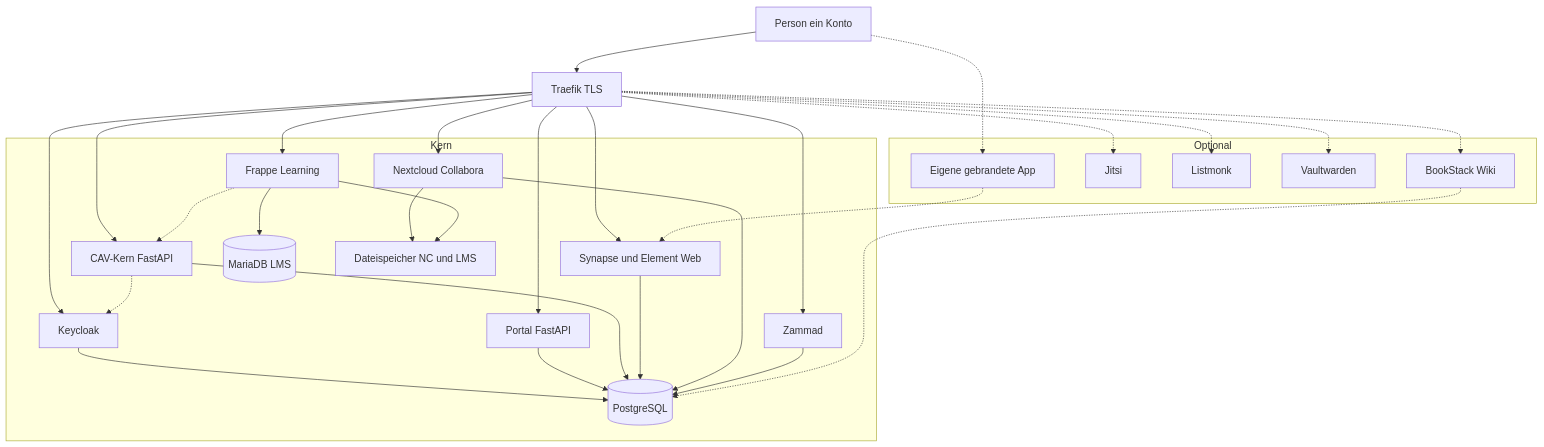
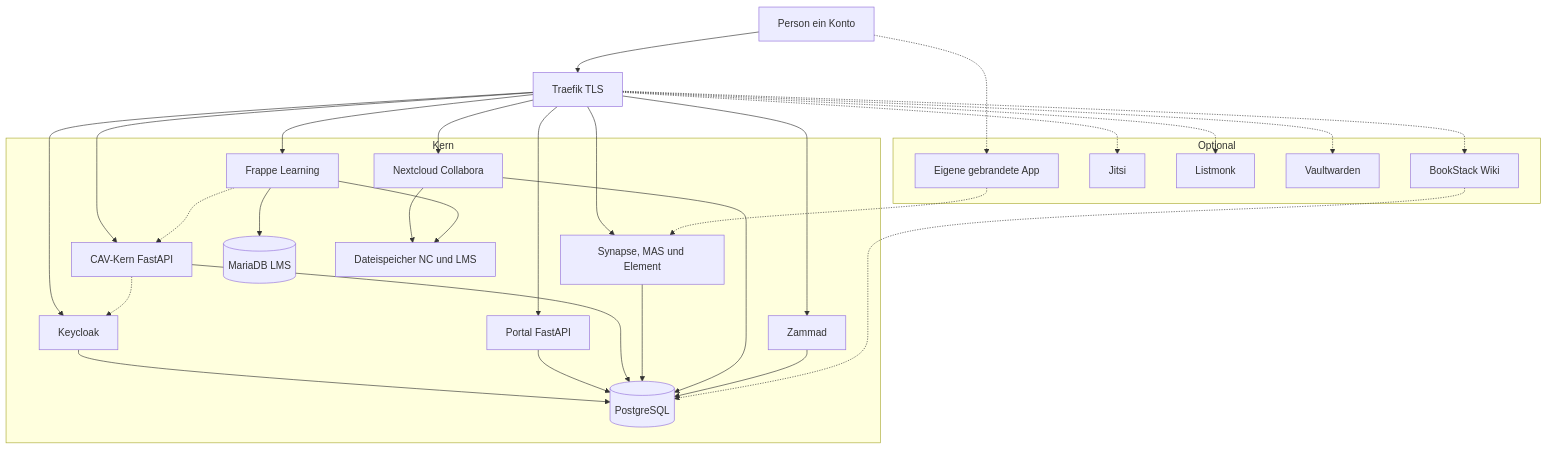
The diagram in README.md (bonzei123/aeneas_planung), drawn with Mermaid before and after one commit. The commit also changed other lines of this file and 6 other files, not shown here.

Commit message:
Setzt MAS und Element X als Kern-Login fuer Kunden-Rollouts statt Synapse-OIDC.

````diff
--- a/README.md
+++ b/README.md
@@ -15,54 +15,54 @@
 ```mermaid
 flowchart TB
   person[Person ein Konto]
   proxy[Traefik TLS]
 
   subgraph kern["Kern"]
     kc[Keycloak]
     portal[Portal FastAPI]
     cav[CAV-Kern FastAPI]
-    mx[Synapse und Element Web]
+    mx[Synapse, MAS und Element]
     nc[Nextcloud Collabora]
     za[Zammad]
     lms[Frappe Learning]
     pg[(PostgreSQL)]
     mdb[(MariaDB LMS)]
     files[Dateispeicher NC und LMS]
   end
 
   subgraph opt["Optional"]
     wiki[BookStack Wiki]
     meet[Jitsi]
     news[Listmonk]
     passw[Vaultwarden]
     app[Eigene gebrandete App]
   end
 
   person --> proxy
   proxy --> kc
   proxy --> portal
   proxy --> cav
   proxy --> mx
   proxy --> nc
   proxy --> za
   proxy --> lms
   kc --> pg
   portal --> pg
   cav --> pg
   mx --> pg
   nc --> pg
   za --> pg
   lms --> mdb
   nc --> files
   lms --> files
   lms -.-> cav
   cav -.-> kc
 
   proxy -.-> wiki
   proxy -.-> meet
   proxy -.-> news
   proxy -.-> passw
   wiki -.-> pg
   person -.-> app
   app -.-> mx
 ```
````
